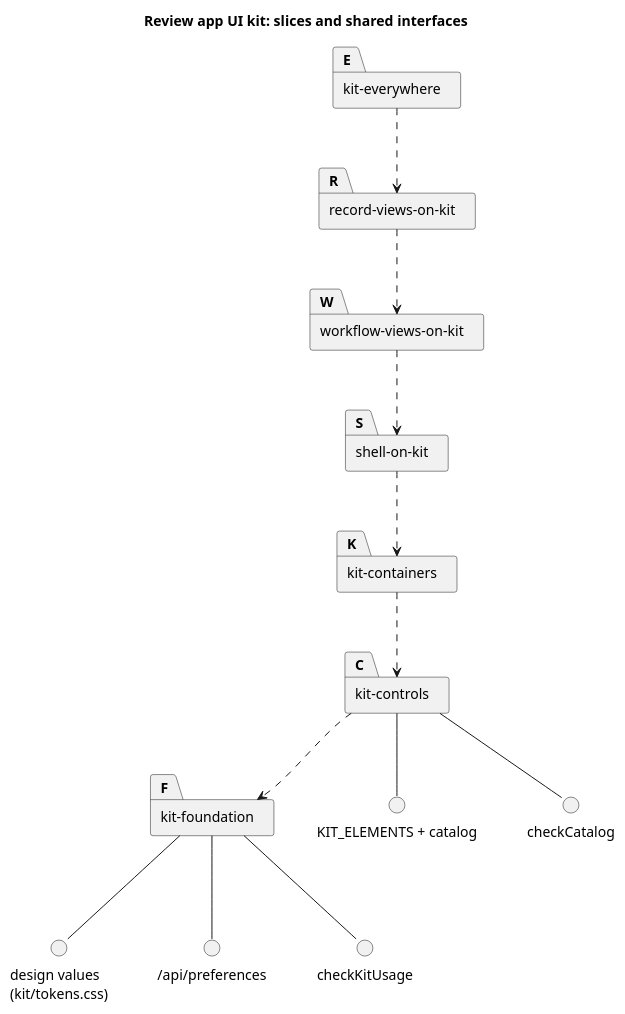
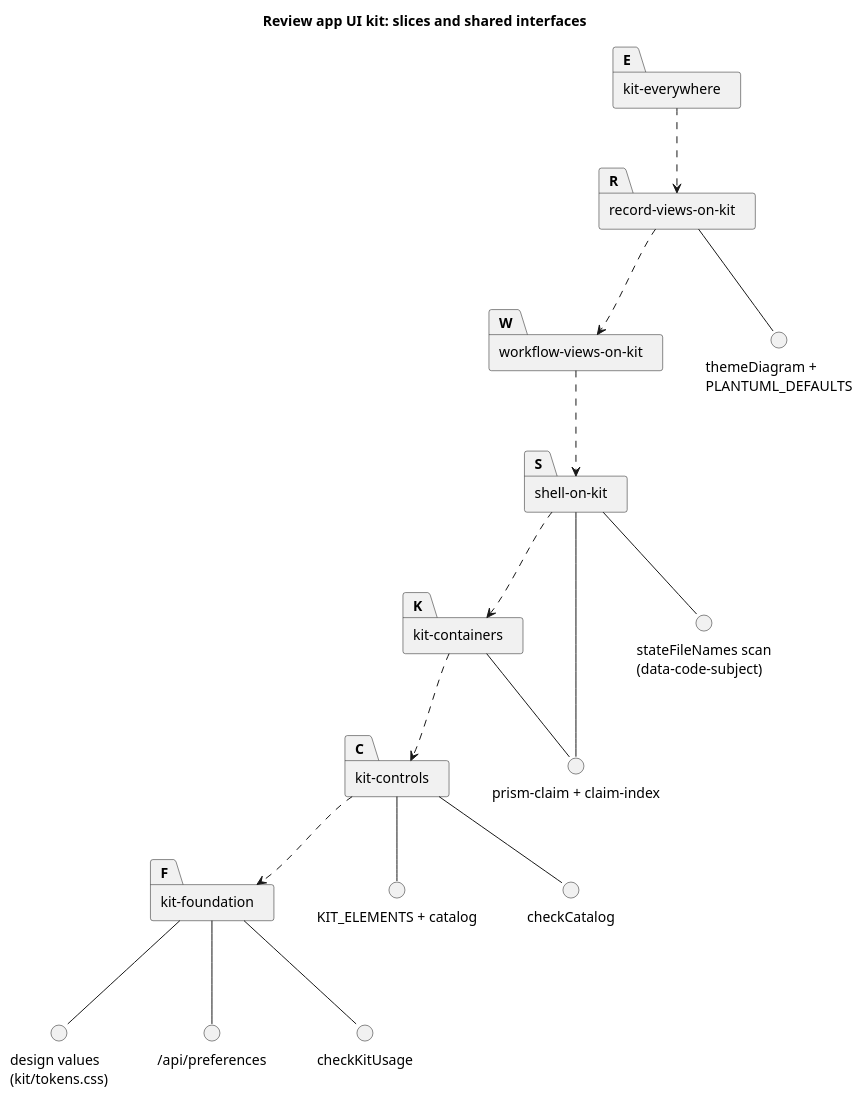
The diagram in docs/plans/review-app-ui-kit/overview.puml (RumyantsevMichael/Prism), drawn with PlantUML before and after one commit. The commit also changed 46 other files, not shown here.

```diff
--- a/docs/plans/review-app-ui-kit/overview.puml
+++ b/docs/plans/review-app-ui-kit/overview.puml
@@ -1,26 +1,33 @@
 @startuml
 title Review app UI kit: slices and shared interfaces
 package "kit-foundation" as F
 package "kit-controls" as C
 package "kit-containers" as K
 package "shell-on-kit" as S
 package "workflow-views-on-kit" as W
 package "record-views-on-kit" as R
 package "kit-everywhere" as E
 interface "design values\n(kit/tokens.css)" as T
 interface "/api/preferences" as P
 interface "checkKitUsage" as G
 interface "KIT_ELEMENTS + catalog" as KE
 interface "checkCatalog" as L
+interface "prism-claim + claim-index" as CL
+interface "themeDiagram +\nPLANTUML_DEFAULTS" as D
+interface "stateFileNames scan\n(data-code-subject)" as N
 F -- T
 F -- P
 F -- G
 C -- KE
 C -- L
+K -- CL
+S -- CL
+S -- N
+R -- D
 C ..> F
 K ..> C
 S ..> K
 W ..> S
 R ..> W
 E ..> R
 @enduml
```
